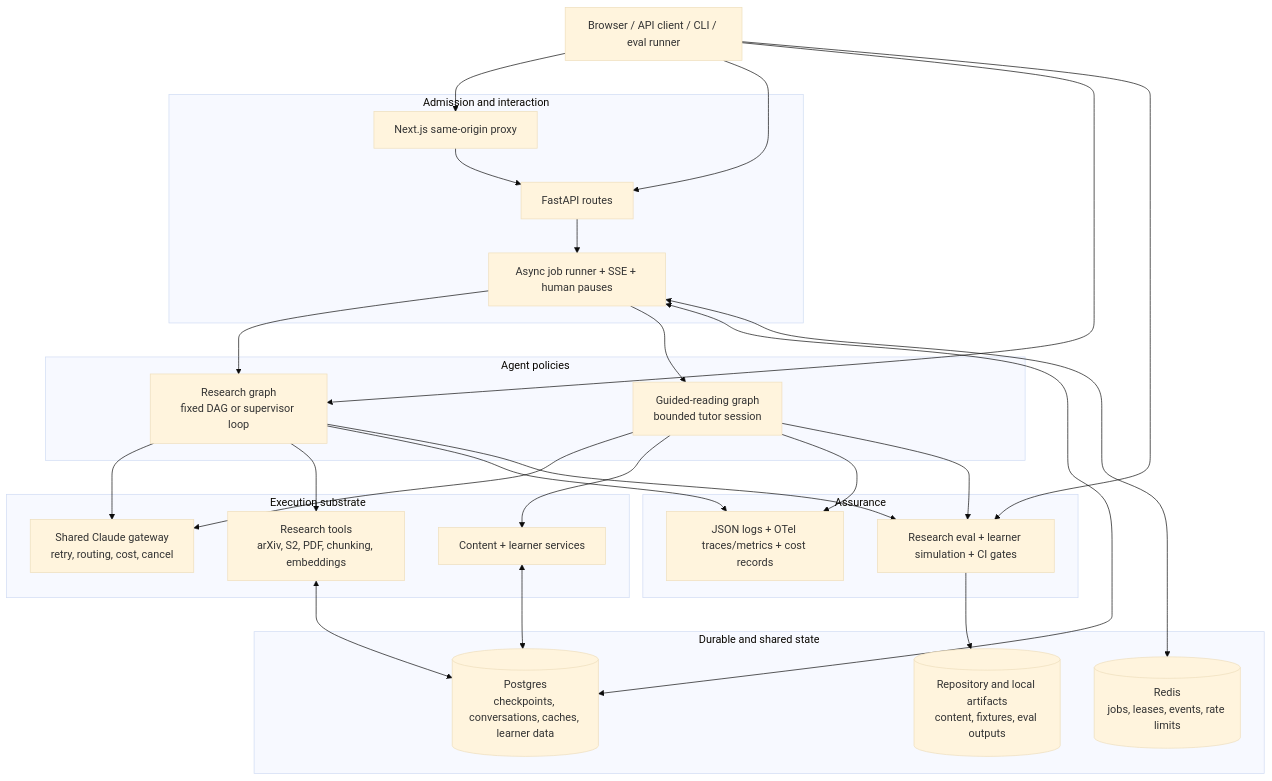
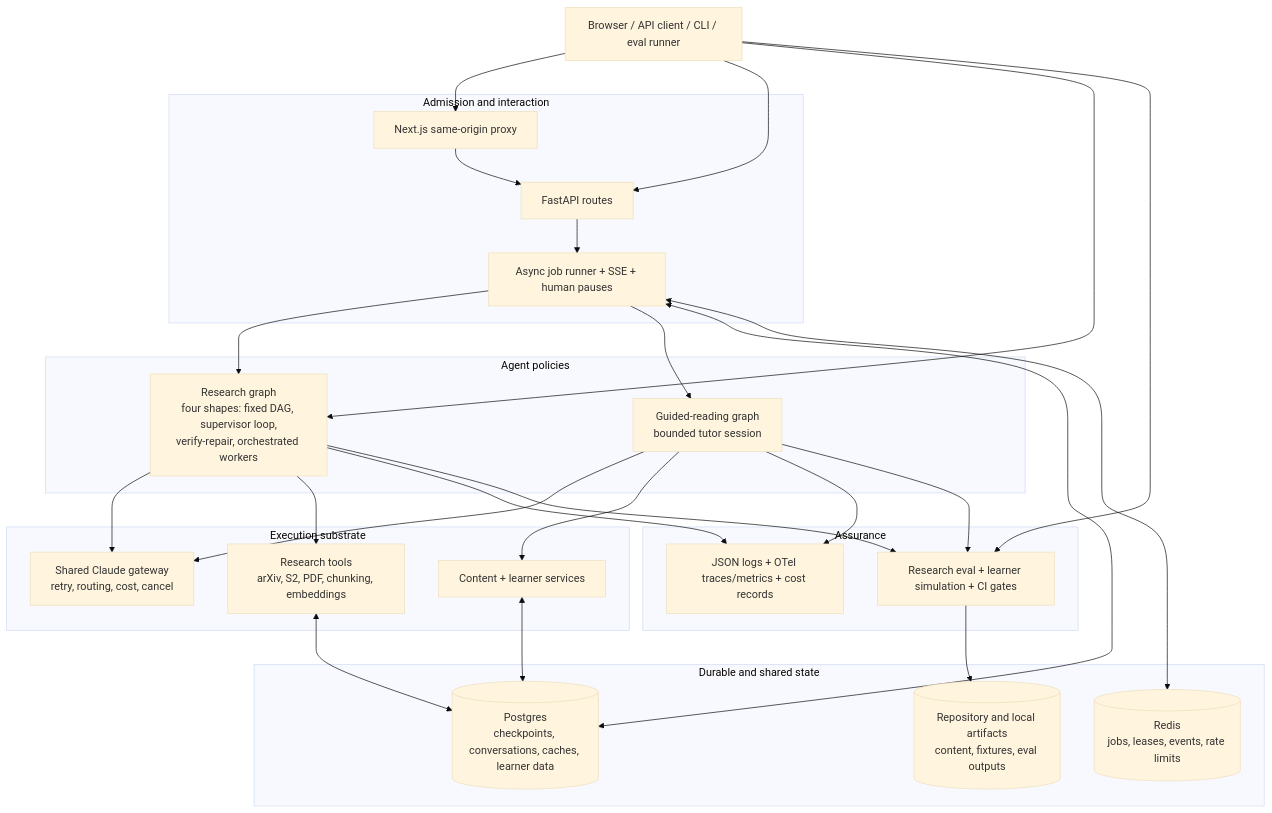
One commit to kudratsingh/arxiv-research-agent changed the first of 3 diagrams in docs/agent-engineering/01-current-architecture.md. Above: the diagram before and after it, drawn with Mermaid (base theme). The commit also changed other lines of this file and 50 other files, not shown here.

````diff
--- a/docs/agent-engineering/01-current-architecture.md
+++ b/docs/agent-engineering/01-current-architecture.md
@@ -13,52 +13,52 @@
 ```mermaid
 flowchart TB
     U[Browser / API client / CLI / eval runner]
 
     subgraph ENTRY[Admission and interaction]
         W[Next.js same-origin proxy]
         A[FastAPI routes]
         J[Async job runner + SSE + human pauses]
     end
 
     subgraph POLICIES[Agent policies]
-        R[Research graph<br/>fixed DAG or supervisor loop]
+        R[Research graph<br/>four shapes: fixed DAG, supervisor loop,<br/>verify-repair, orchestrated workers]
         L[Guided-reading graph<br/>bounded tutor session]
     end
 
     subgraph EXEC[Execution substrate]
         M[Shared Claude gateway<br/>retry, routing, cost, cancel]
         T[Research tools<br/>arXiv, S2, PDF, chunking, embeddings]
         C[Content + learner services]
     end
 
     subgraph DATA[Durable and shared state]
         PG[(Postgres<br/>checkpoints, conversations, caches, learner data)]
         RD[(Redis<br/>jobs, leases, events, rate limits)]
         FS[(Repository and local artifacts<br/>content, fixtures, eval outputs)]
     end
 
     subgraph ASSURE[Assurance]
         O[JSON logs + OTel traces/metrics + cost records]
         E[Research eval + learner simulation + CI gates]
     end
 
     U --> W --> A --> J
     U --> A
     U --> R
     U --> E
     J --> R
     J --> L
     R --> M
     R --> T
     L --> M
     L --> C
     J <--> PG
     J <--> RD
     T <--> PG
     C <--> PG
     R --> O
     L --> O
     R --> E
     L --> E
     E --> FS
 ```
````
